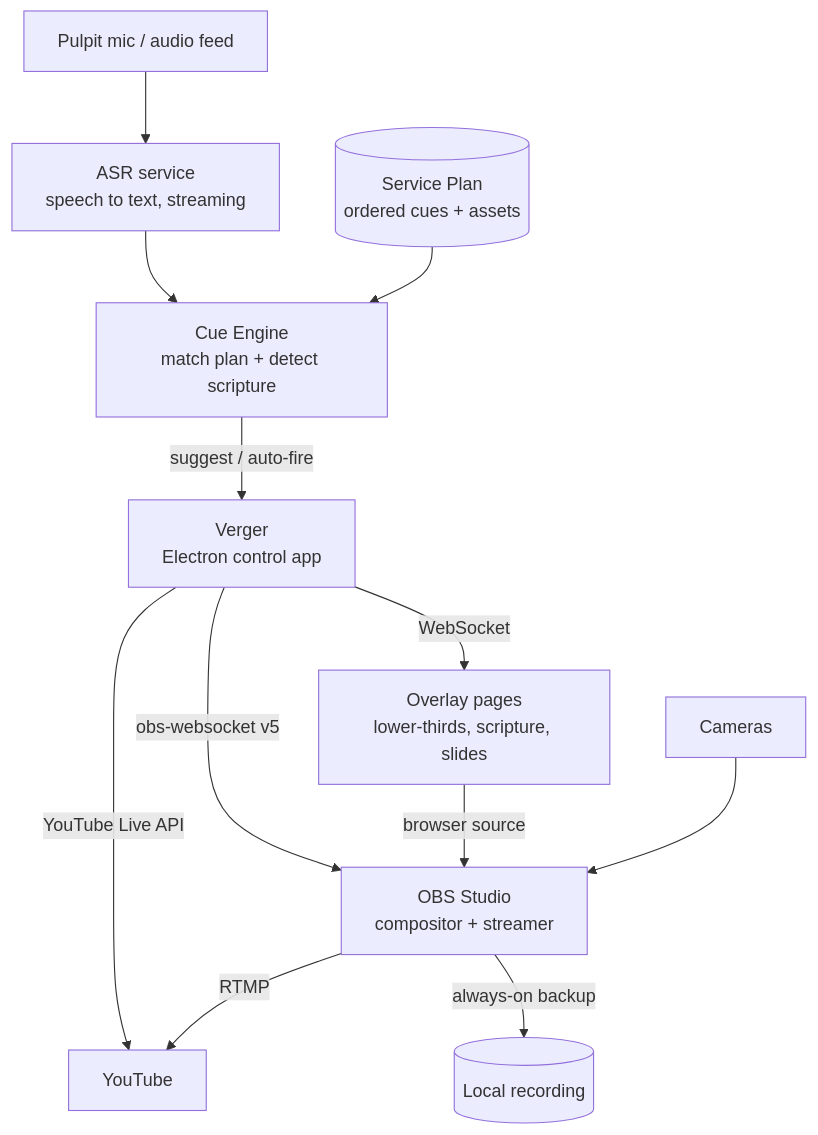
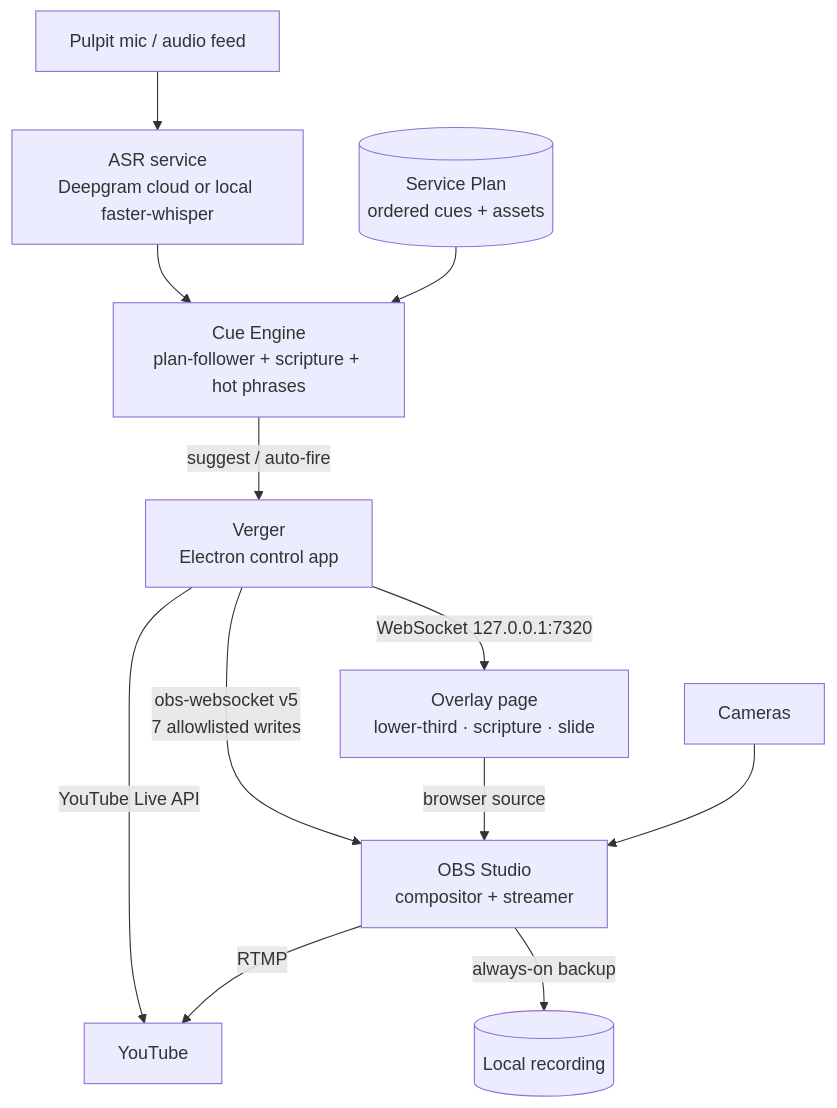
Before and after one commit to kimbolt1109/rhema_v3: the diagram in README.md, drawn with Mermaid. The commit also changed other lines of this file and 32 other files, not shown here.

````diff
--- a/README.md
+++ b/README.md
@@ -41,14 +51,14 @@
 ```mermaid
 graph TD
-    MIC[Pulpit mic / audio feed] --> ASR[ASR service<br/>speech to text, streaming]
-    ASR --> CUE[Cue Engine<br/>match plan + detect scripture]
+    MIC[Pulpit mic / audio feed] --> ASR[ASR service<br/>Deepgram cloud or local faster-whisper]
+    ASR --> CUE[Cue Engine<br/>plan-follower + scripture + hot phrases]
     PLAN[(Service Plan<br/>ordered cues + assets)] --> CUE
     CUE -->|suggest / auto-fire| APP[Verger<br/>Electron control app]
-    APP -->|obs-websocket v5| OBS[OBS Studio<br/>compositor + streamer]
-    APP -->|WebSocket| OVL[Overlay pages<br/>lower-thirds, scripture, slides]
+    APP -->|obs-websocket v5<br/>7 allowlisted writes| OBS[OBS Studio<br/>compositor + streamer]
+    APP -->|WebSocket 127.0.0.1:7320| OVL[Overlay page<br/>lower-third · scripture · slide]
     OVL -->|browser source| OBS
     CAM[Cameras] --> OBS
     APP -->|YouTube Live API| YT[YouTube]
     OBS -->|RTMP| YT
     OBS -->|always-on backup| REC[(Local recording)]
 ```
````
